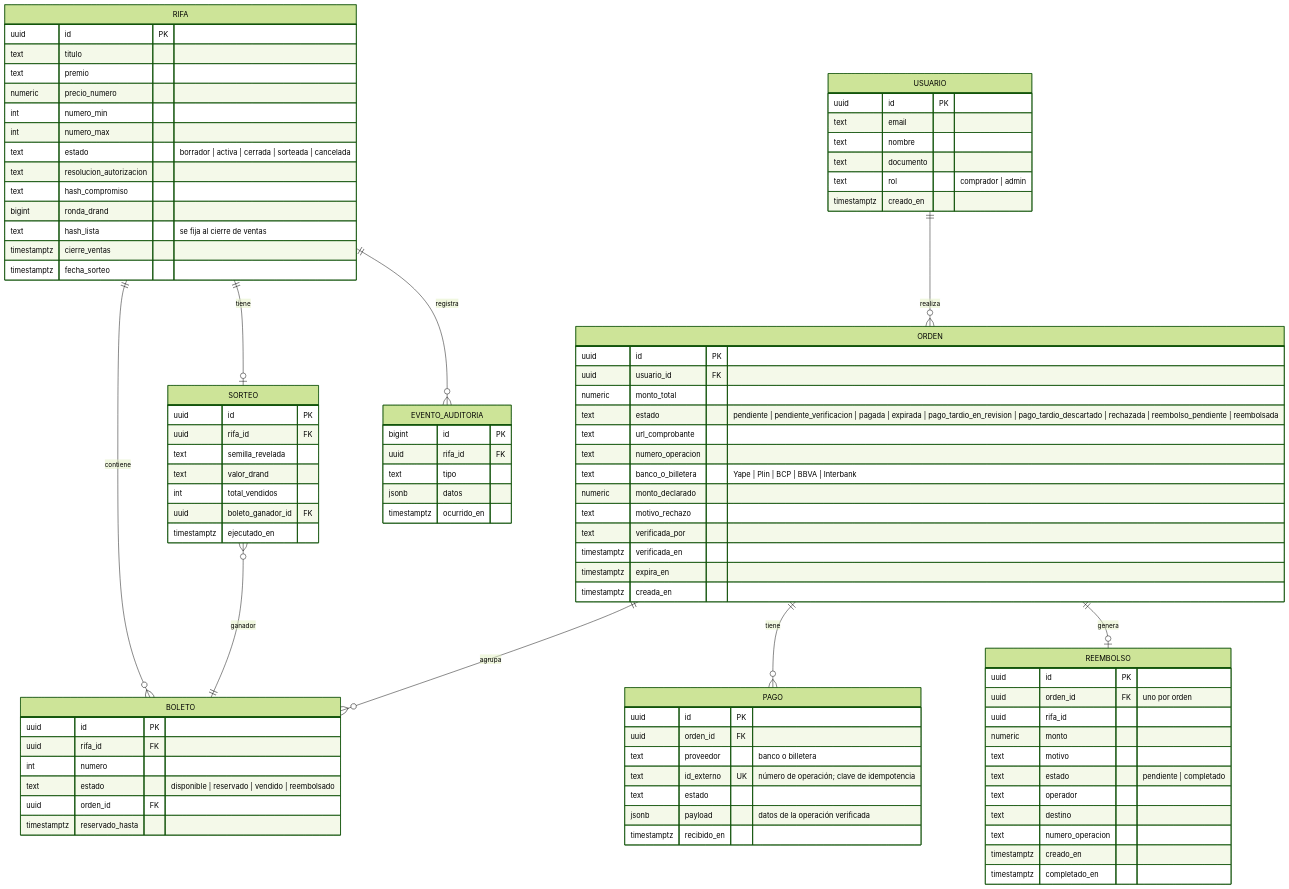
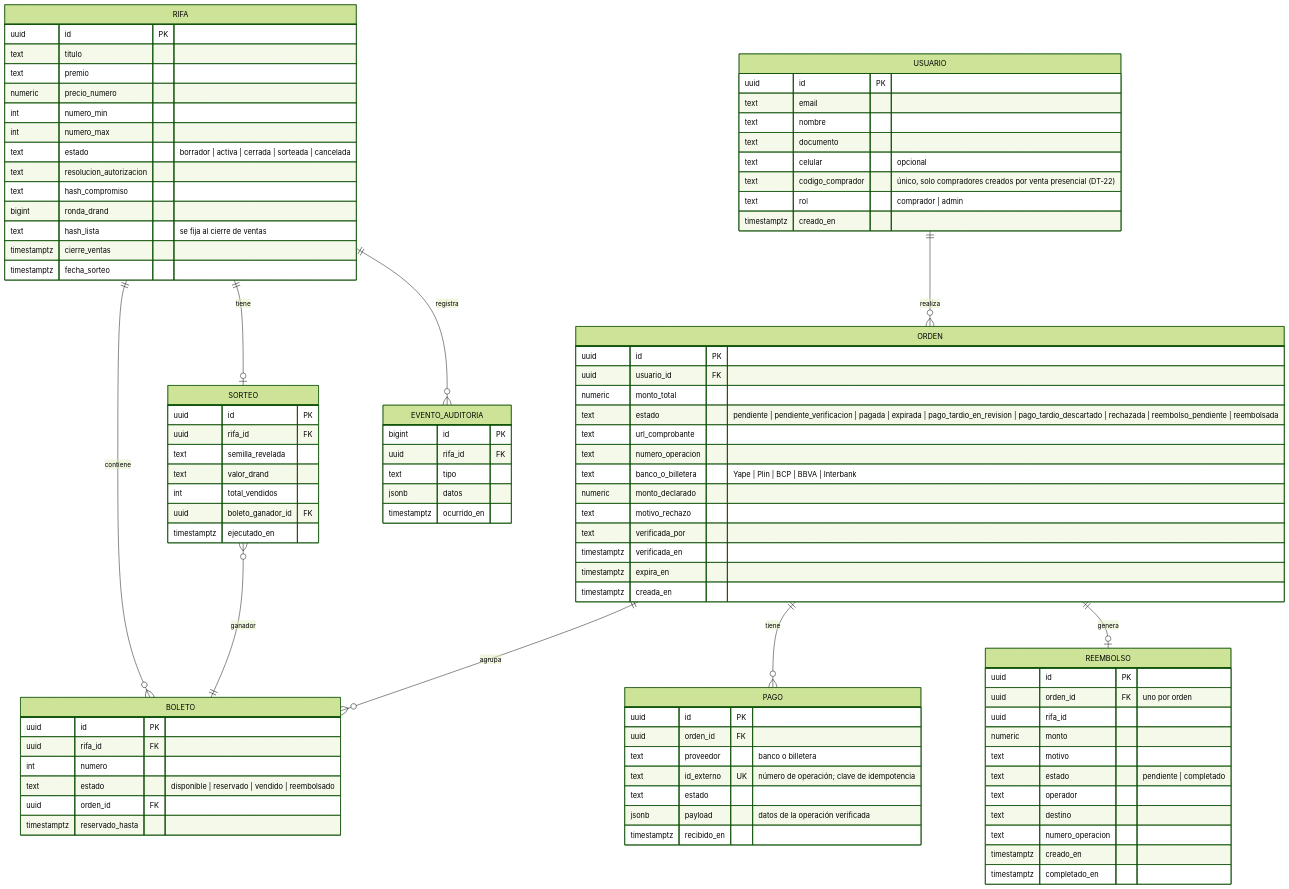
One commit to kanoso/ecommcerce-saas-sonet changed the third of 12 diagrams in DOCS/RIFAS/ESPECIFICACIONES-RIFAS.md. Above: the diagram before and after it, drawn with Mermaid (forest theme). The commit also changed other lines of this file and 1 other file, not shown here.

```diff
--- a/DOCS/RIFAS/ESPECIFICACIONES-RIFAS.md
+++ b/DOCS/RIFAS/ESPECIFICACIONES-RIFAS.md
@@ -259,6 +259,8 @@
         text email
         text nombre
         text documento
+        text celular "opcional"
+        text codigo_comprador "único, solo compradores creados por venta presencial (DT-22)"
         text rol "comprador | admin"
         timestamptz creado_en
     }
```
